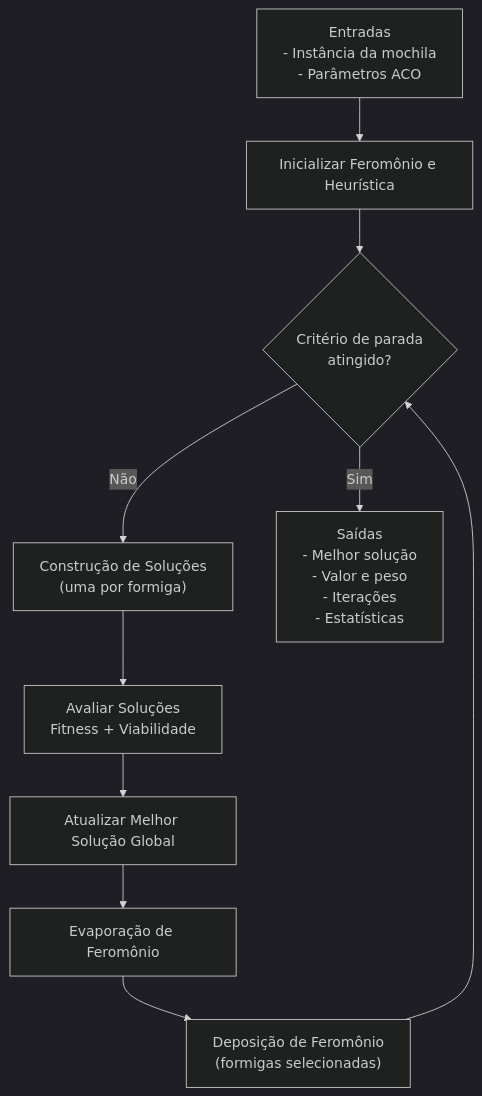
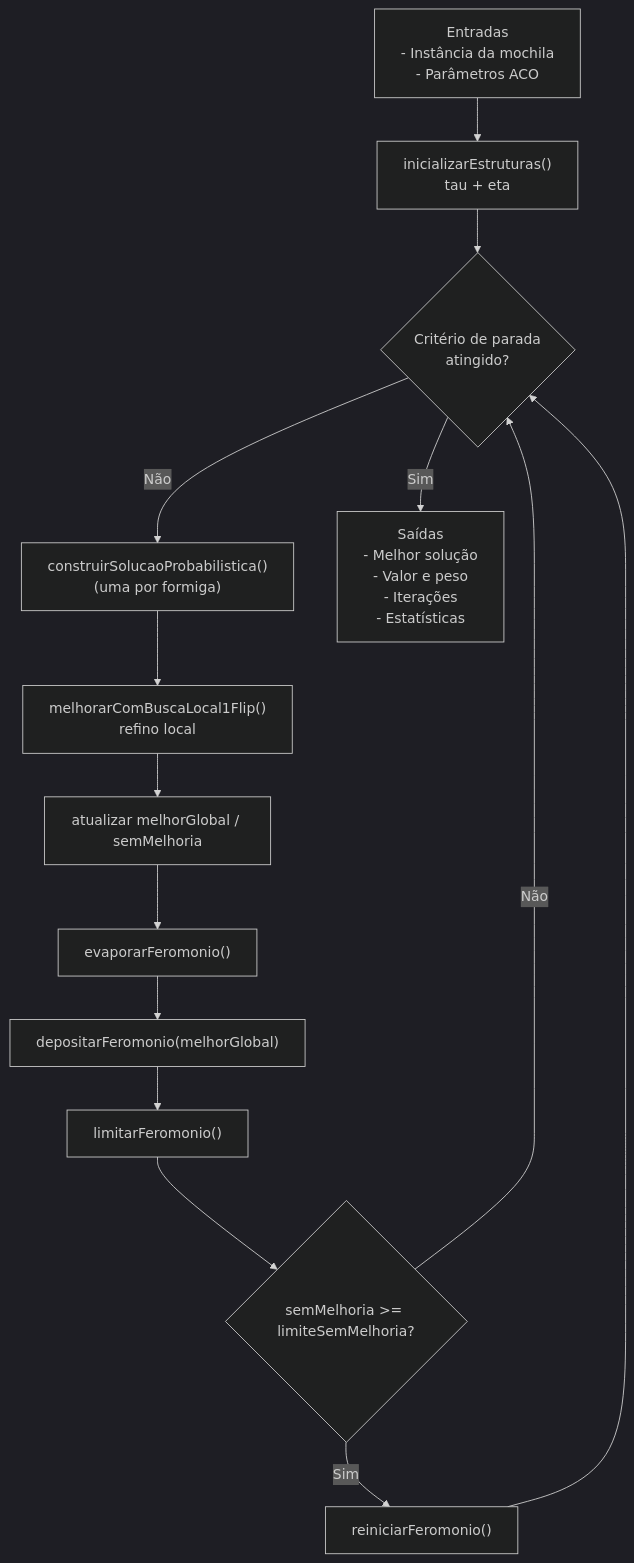
Before and after one commit to fernandoeduardolucas/ant: the fourth of 4 diagrams in docs/tp/ant/Diagrama_Fluxo_Dados_ACO.md, drawn with Mermaid (dark theme). The commit also changed other lines of this file, not shown here.

Commit message:
docs(metaheuristicas): alinhar GA e Tabu com métodos reais

````diff
--- a/docs/tp/ant/Diagrama_Fluxo_Dados_ACO.md
+++ b/docs/tp/ant/Diagrama_Fluxo_Dados_ACO.md
@@ -115,14 +115,18 @@
 ```mermaid
 flowchart TD
-    A["Entradas<br/>- Instância da mochila<br/>- Parâmetros ACO"] --> B["Inicializar Feromônio e Heurística"]
+    A["Entradas<br/>- Instância da mochila<br/>- Parâmetros ACO"] --> B["inicializarEstruturas()<br/>tau + eta"]
     B --> C{"Critério de parada<br/>atingido?"}
 
-    C -- Não --> D["Construção de Soluções<br/>(uma por formiga)"]
-    D --> E["Avaliar Soluções<br/>Fitness + Viabilidade"]
-    E --> F["Atualizar Melhor Solução Global"]
-    F --> G["Evaporação de Feromônio"]
-    G --> H["Deposição de Feromônio<br/>(formigas selecionadas)"]
-    H --> C
+    C -- Não --> D["construirSolucaoProbabilistica()<br/>(uma por formiga)"]
+    D --> E["melhorarComBuscaLocal1Flip()<br/>refino local"]
+    E --> F["atualizar melhorGlobal / semMelhoria"]
+    F --> G["evaporarFeromonio()"]
+    G --> H["depositarFeromonio(melhorGlobal)"]
+    H --> J["limitarFeromonio()"]
+    J --> K{"semMelhoria >= limiteSemMelhoria?"}
+    K -- Sim --> L["reiniciarFeromonio()"]
+    K -- Não --> C
+    L --> C
 
     C -- Sim --> I["Saídas<br/>- Melhor solução<br/>- Valor e peso<br/>- Iterações<br/>- Estatísticas"]
 ```
````
